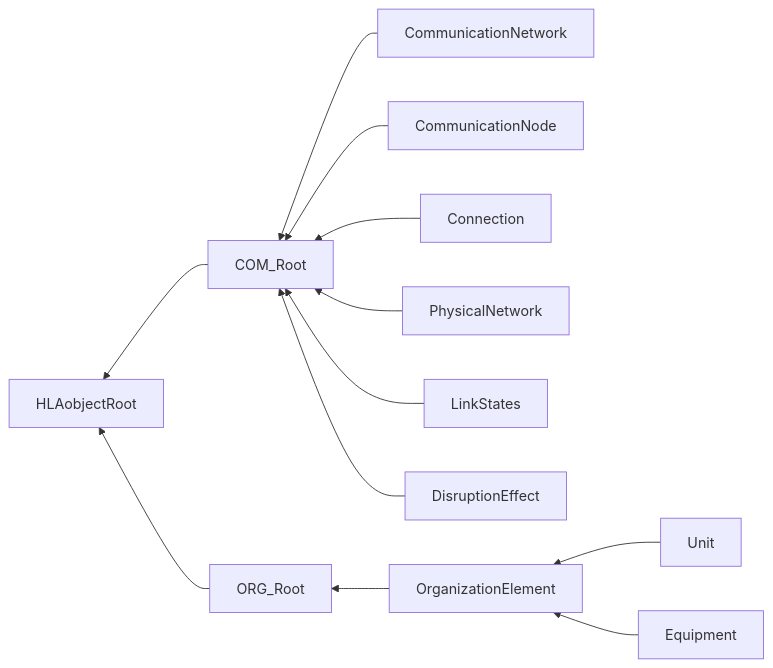
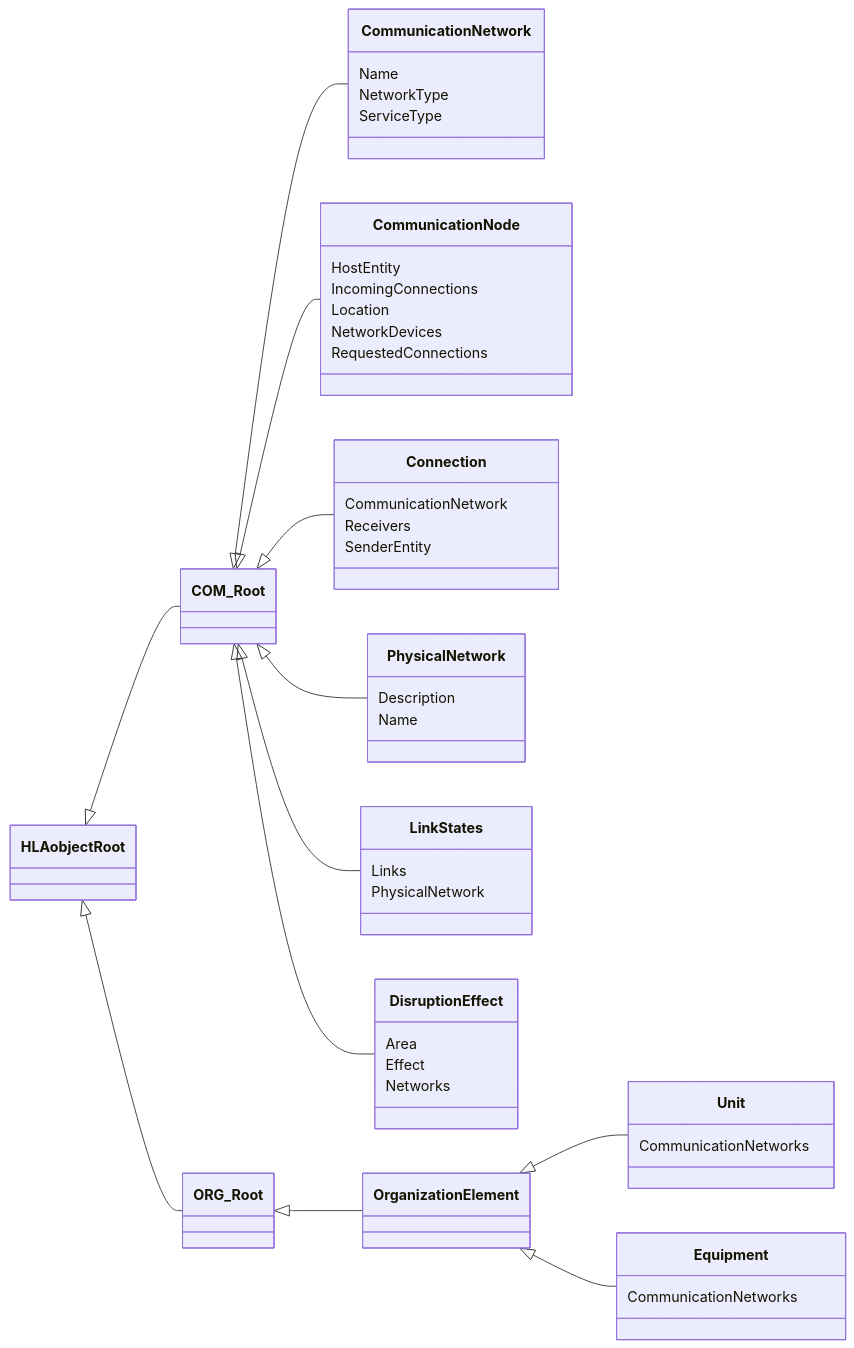
One commit to AMSP-04/NETN-COM changed the first of 2 diagrams in NETN-COM.md. Above: the diagram before and after it, drawn with Mermaid. The commit also changed other lines of this file, not shown here.

````diff
--- a/NETN-COM.md
+++ b/NETN-COM.md
@@ -19,14 +17,36 @@
 ```mermaid
-graph RL
-COM_Root-->HLAobjectRoot
-ORG_Root-->HLAobjectRoot
-CommunicationNetwork-->COM_Root
-CommunicationNode-->COM_Root
-Connection-->COM_Root
-PhysicalNetwork-->COM_Root
-LinkStates-->COM_Root
-DisruptionEffect-->COM_Root
-OrganizationElement-->ORG_Root
-Unit-->OrganizationElement
-Equipment-->OrganizationElement
+classDiagram 
+direction LR
+
+HLAobjectRoot <|-- COM_Root
+HLAobjectRoot <|-- ORG_Root
+COM_Root <|-- CommunicationNetwork
+COM_Root <|-- CommunicationNode
+COM_Root <|-- Connection
+COM_Root <|-- PhysicalNetwork
+COM_Root <|-- LinkStates
+COM_Root <|-- DisruptionEffect
+CommunicationNetwork : Name
+CommunicationNetwork : NetworkType
+CommunicationNetwork : ServiceType
+CommunicationNode : HostEntity
+CommunicationNode : IncomingConnections
+CommunicationNode : Location
+CommunicationNode : NetworkDevices
+CommunicationNode : RequestedConnections
+Connection : CommunicationNetwork
+Connection : Receivers
+Connection : SenderEntity
+PhysicalNetwork : Description
+PhysicalNetwork : Name
+LinkStates : Links
+LinkStates : PhysicalNetwork
+DisruptionEffect : Area
+DisruptionEffect : Effect
+DisruptionEffect : Networks
+ORG_Root <|-- OrganizationElement
+OrganizationElement <|-- Unit
+OrganizationElement <|-- Equipment
+Unit : CommunicationNetworks
+Equipment : CommunicationNetworks
 ```
````
